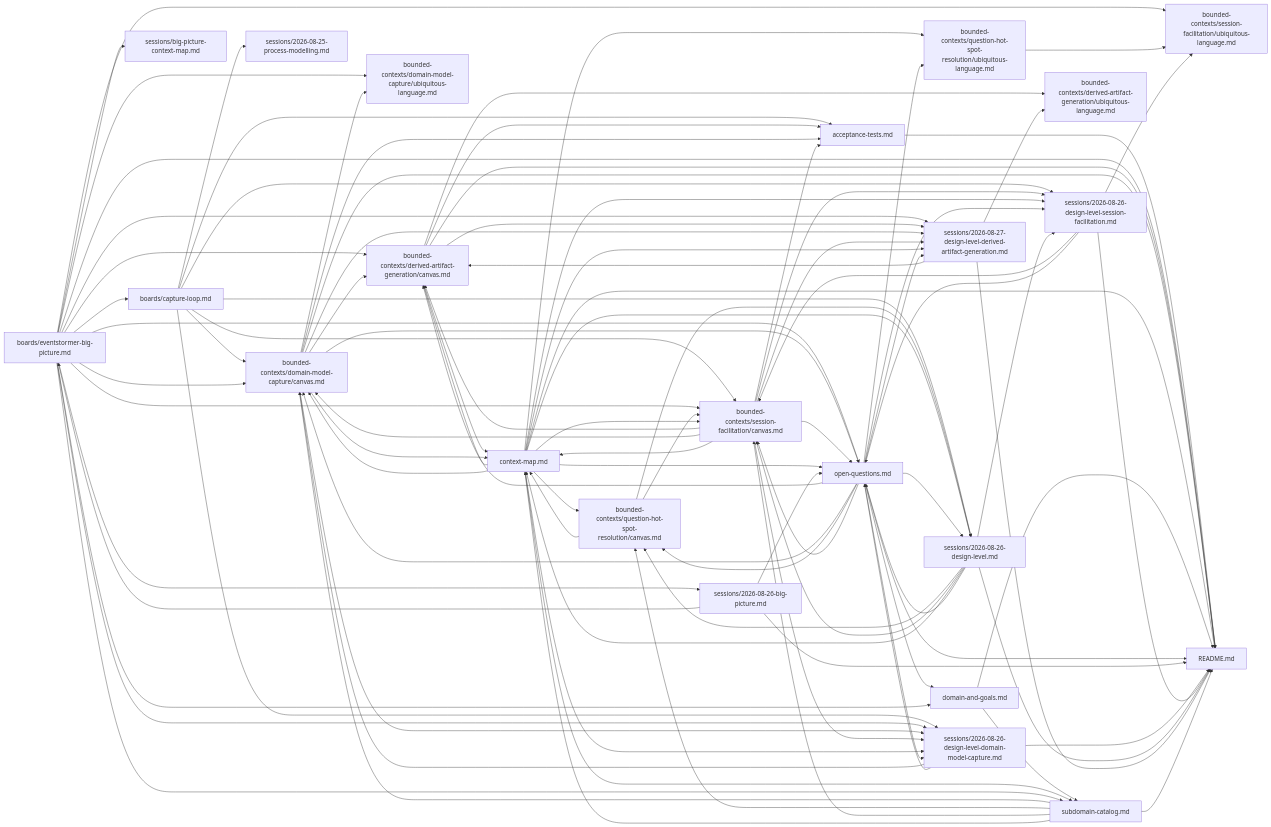
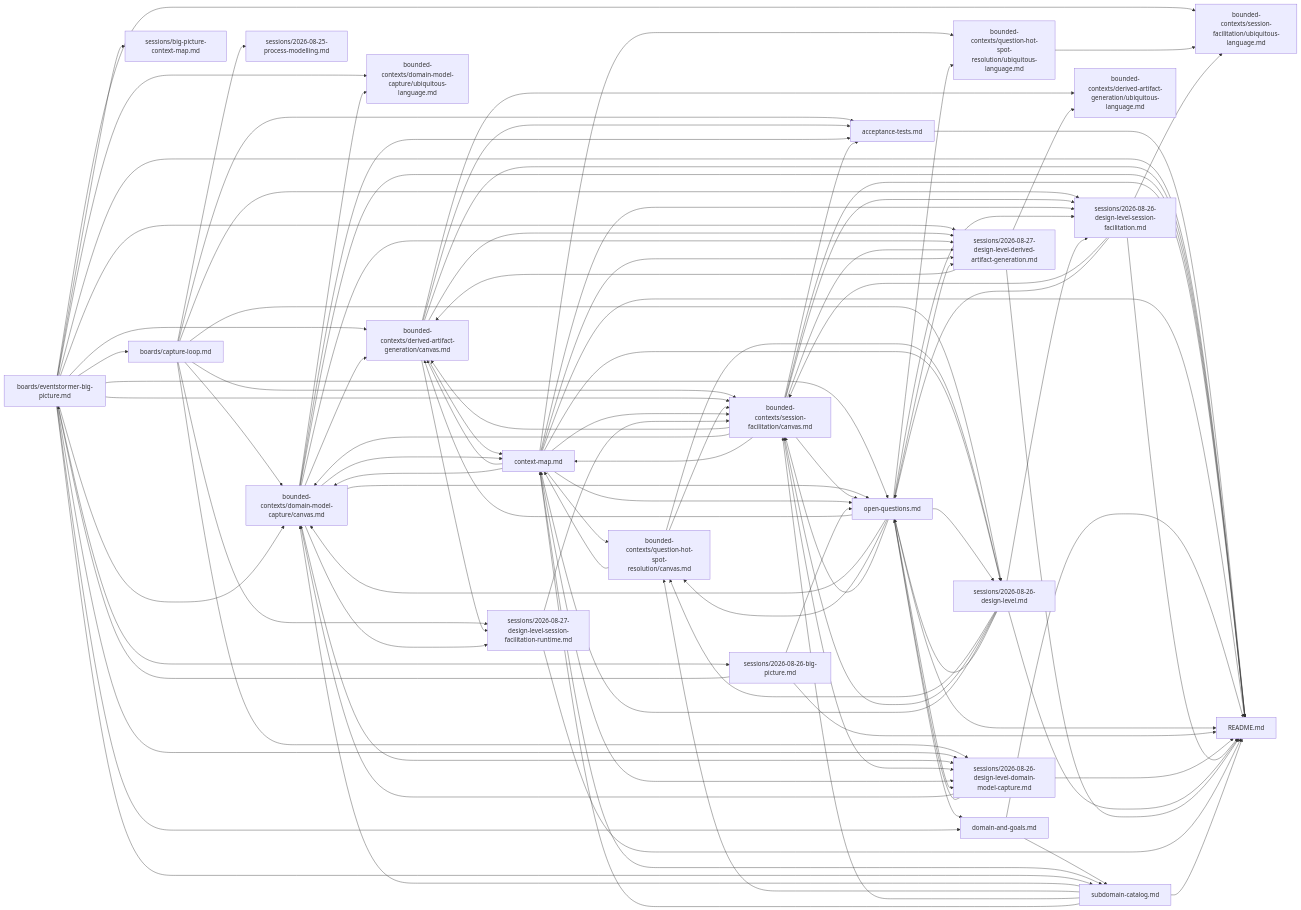
The diagram in docs/domain/README.md (vinialbano/eventstormer), drawn with Mermaid before and after one commit. The commit also changed other lines of this file and 6 other files, not shown here.

First line of the commit message:
docs: design-level EventStorming on the Session Facilitation session runtime

```diff
--- a/docs/domain/README.md
+++ b/docs/domain/README.md
@@ -270,6 +306,7 @@
   boards_eventstormer_big_picture_md["boards/eventstormer-big-picture.md"] --> README_md["README.md"]
   bounded_contexts_derived_artifact_generation_canvas_md["bounded-contexts/derived-artifact-generation/canvas.md"] --> README_md["README.md"]
   bounded_contexts_domain_model_capture_canvas_md["bounded-contexts/domain-model-capture/canvas.md"] --> README_md["README.md"]
+  bounded_contexts_session_facilitation_canvas_md["bounded-contexts/session-facilitation/canvas.md"] --> README_md["README.md"]
   context_map_md["context-map.md"] --> README_md["README.md"]
   domain_and_goals_md["domain-and-goals.md"] --> README_md["README.md"]
   open_questions_md["open-questions.md"] --> README_md["README.md"]
@@ -278,6 +315,7 @@
   sessions_2026_08_26_design_level_session_facilitation_md["sessions/2026-08-26-design-level-session-facilitation.md"] --> README_md["README.md"]
   sessions_2026_08_26_design_level_md["sessions/2026-08-26-design-level.md"] --> README_md["README.md"]
   sessions_2026_08_27_design_level_derived_artifact_generation_md["sessions/2026-08-27-design-level-derived-artifact-generation.md"] --> README_md["README.md"]
+  sessions_2026_08_27_design_level_session_facilitation_runtime_md["sessions/2026-08-27-design-level-session-facilitation-runtime.md"] --> README_md["README.md"]
   subdomain_catalog_md["subdomain-catalog.md"] --> README_md["README.md"]
   boards_capture_loop_md["boards/capture-loop.md"] --> acceptance_tests_md["acceptance-tests.md"]
   bounded_contexts_derived_artifact_generation_canvas_md["bounded-contexts/derived-artifact-generation/canvas.md"] --> acceptance_tests_md["acceptance-tests.md"]
@@ -315,6 +353,7 @@
   open_questions_md["open-questions.md"] --> bounded_contexts_session_facilitation_canvas_md["bounded-contexts/session-facilitation/canvas.md"]
   sessions_2026_08_26_design_level_session_facilitation_md["sessions/2026-08-26-design-level-session-facilitation.md"] --> bounded_contexts_session_facilitation_canvas_md["bounded-contexts/session-facilitation/canvas.md"]
   sessions_2026_08_26_design_level_md["sessions/2026-08-26-design-level.md"] --> bounded_contexts_session_facilitation_canvas_md["bounded-contexts/session-facilitation/canvas.md"]
+  sessions_2026_08_27_design_level_session_facilitation_runtime_md["sessions/2026-08-27-design-level-session-facilitation-runtime.md"] --> bounded_contexts_session_facilitation_canvas_md["bounded-contexts/session-facilitation/canvas.md"]
   subdomain_catalog_md["subdomain-catalog.md"] --> bounded_contexts_session_facilitation_canvas_md["bounded-contexts/session-facilitation/canvas.md"]
   boards_eventstormer_big_picture_md["boards/eventstormer-big-picture.md"] --> bounded_contexts_session_facilitation_ubiquitous_language_md["bounded-contexts/session-facilitation/ubiquitous-language.md"]
   bounded_contexts_question_hot_spot_resolution_ubiquitous_language_md["bounded-contexts/question-hot-spot-resolution/ubiquitous-language.md"] --> bounded_contexts_session_facilitation_ubiquitous_language_md["bounded-contexts/session-facilitation/ubiquitous-language.md"]
@@ -358,6 +397,9 @@
   bounded_contexts_session_facilitation_canvas_md["bounded-contexts/session-facilitation/canvas.md"] --> sessions_2026_08_27_design_level_derived_artifact_generation_md["sessions/2026-08-27-design-level-derived-artifact-generation.md"]
   context_map_md["context-map.md"] --> sessions_2026_08_27_design_level_derived_artifact_generation_md["sessions/2026-08-27-design-level-derived-artifact-generation.md"]
   open_questions_md["open-questions.md"] --> sessions_2026_08_27_design_level_derived_artifact_generation_md["sessions/2026-08-27-design-level-derived-artifact-generation.md"]
+  boards_capture_loop_md["boards/capture-loop.md"] --> sessions_2026_08_27_design_level_session_facilitation_runtime_md["sessions/2026-08-27-design-level-session-facilitation-runtime.md"]
+  bounded_contexts_derived_artifact_generation_canvas_md["bounded-contexts/derived-artifact-generation/canvas.md"] --> sessions_2026_08_27_design_level_session_facilitation_runtime_md["sessions/2026-08-27-design-level-session-facilitation-runtime.md"]
+  bounded_contexts_domain_model_capture_canvas_md["bounded-contexts/domain-model-capture/canvas.md"] --> sessions_2026_08_27_design_level_session_facilitation_runtime_md["sessions/2026-08-27-design-level-session-facilitation-runtime.md"]
   boards_eventstormer_big_picture_md["boards/eventstormer-big-picture.md"] --> sessions_big_picture_context_map_md["sessions/big-picture-context-map.md"]
   domain_and_goals_md["domain-and-goals.md"] --> subdomain_catalog_md["subdomain-catalog.md"]
   context_map_md["context-map.md"] --> subdomain_catalog_md["subdomain-catalog.md"]
```
